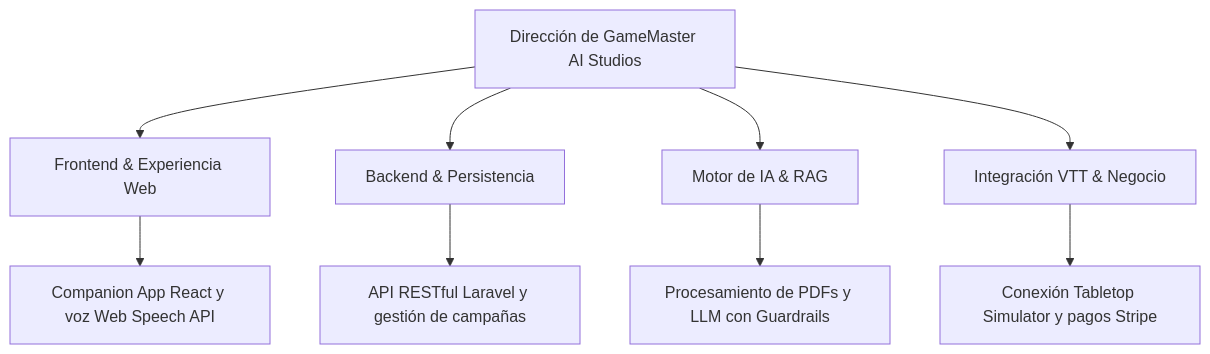
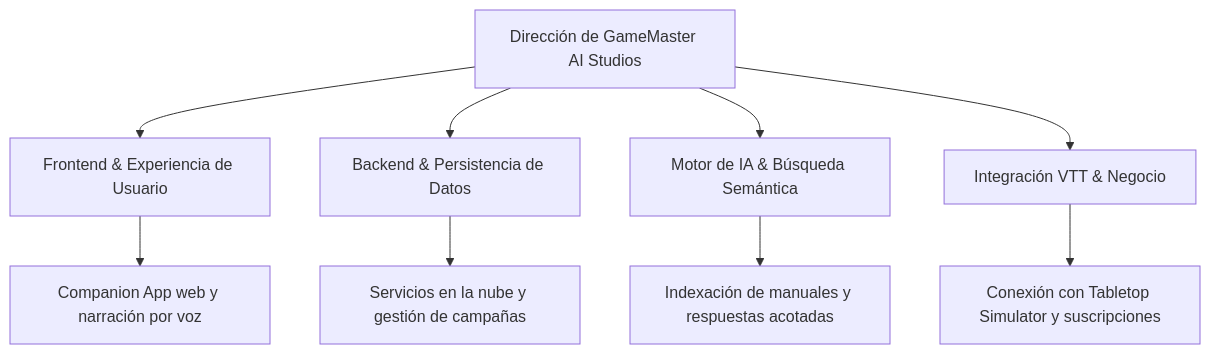
Before and after one commit to LastraMigue/FINAL-PROJECT: the fourth of 4 diagrams in pitch-and-market.md, drawn with Mermaid. The commit also changed other lines of this file and 1 other file, not shown here.

````diff
--- a/pitch-and-market.md
+++ b/pitch-and-market.md
@@ -158,12 +192,12 @@
 ```mermaid
 flowchart TD
-    GM[Dirección de GameMaster AI Studios] --> FE[Frontend & Experiencia Web]
-    GM --> BE[Backend & Persistencia]
-    GM --> IA[Motor de IA & RAG]
+    GM[Dirección de GameMaster AI Studios] --> FE[Frontend & Experiencia de Usuario]
+    GM --> BE[Backend & Persistencia de Datos]
+    GM --> IA[Motor de IA & Búsqueda Semántica]
     GM --> IT[Integración VTT & Negocio]
 
-    FE --> FE1[Companion App React y voz Web Speech API]
-    BE --> BE1[API RESTful Laravel y gestión de campañas]
-    IA --> IA1[Procesamiento de PDFs y LLM con Guardrails]
-    IT --> IT1[Conexión Tabletop Simulator y pagos Stripe]
+    FE --> FE1[Companion App web y narración por voz]
+    BE --> BE1[Servicios en la nube y gestión de campañas]
+    IA --> IA1[Indexación de manuales y respuestas acotadas]
+    IT --> IT1[Conexión con Tabletop Simulator y suscripciones]
 ```
````
